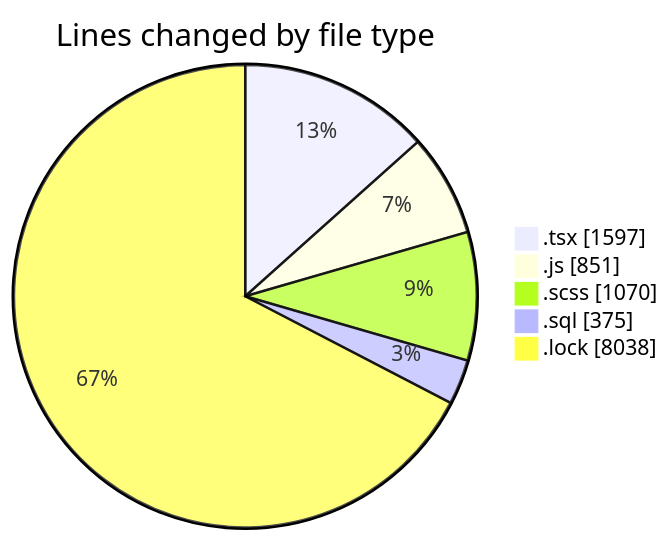
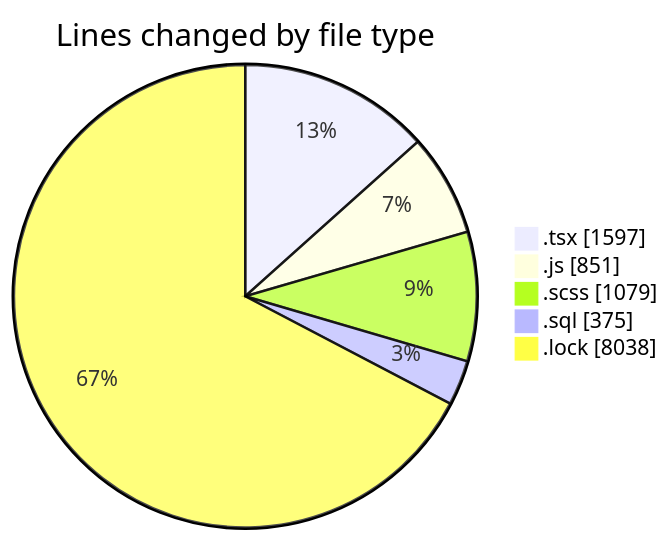
Before and after one commit to momahboobian/code-tracking: the first of 2 diagrams in 2025-03-18/cda/README.md, drawn with Mermaid. The commit also changed other lines of this file and 1 other file, not shown here.

````diff
--- a/2025-03-18/cda/README.md
+++ b/2025-03-18/cda/README.md
@@ -32,9 +32,9 @@
 ```mermaid
 pie showData
 title Lines changed by file type
 ".tsx" : 1597
 ".js" : 851
-".scss" : 1070
+".scss" : 1079
 ".sql" : 375
 ".lock" : 8038
 ```
````
